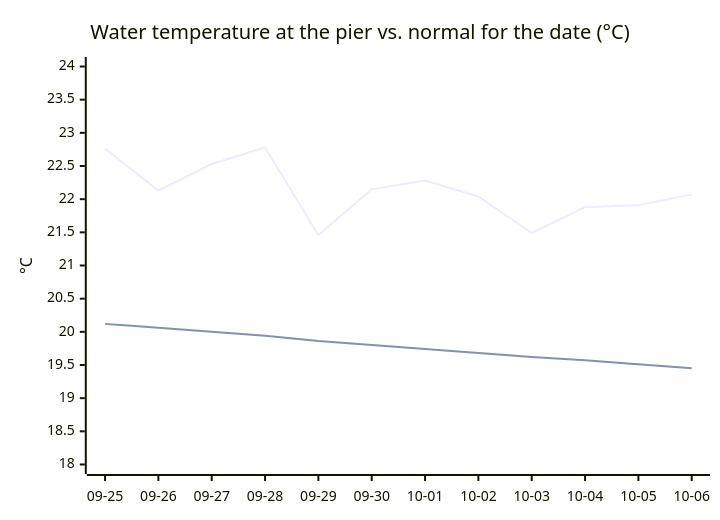
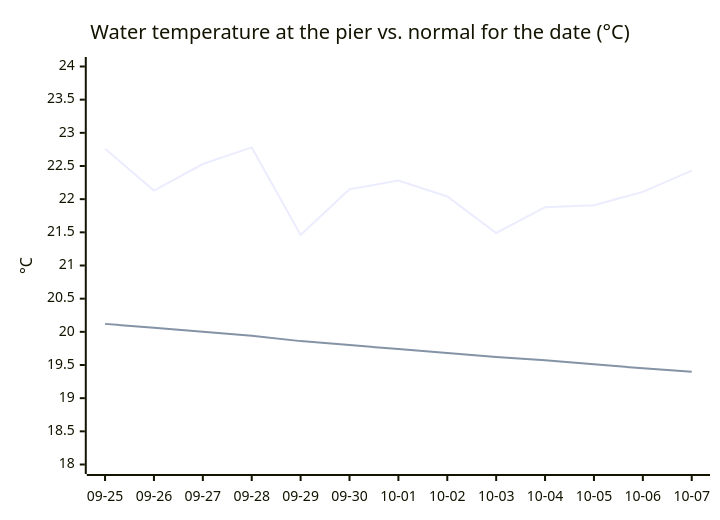
One commit to joshuafrommeyer-35/PierTracker changed the third of 3 diagrams in README.md. Above: the diagram before and after it, drawn with Mermaid. The commit also changed other lines of this file and 5 other files, not shown here.

````diff
--- a/README.md
+++ b/README.md
@@ -160,8 +160,8 @@
 ```mermaid
 xychart-beta
     title "Water temperature at the pier vs. normal for the date (°C)"
-    x-axis ["09-25", "09-26", "09-27", "09-28", "09-29", "09-30", "10-01", "10-02", "10-03", "10-04", "10-05", "10-06"]
+    x-axis ["09-25", "09-26", "09-27", "09-28", "09-29", "09-30", "10-01", "10-02", "10-03", "10-04", "10-05", "10-06", "10-07"]
     y-axis "°C" 18 --> 24
-    line [22.76, 22.13, 22.53, 22.78, 21.46, 22.15, 22.28, 22.04, 21.49, 21.88, 21.91, 22.07]
-    line [20.12, 20.06, 20.0, 19.94, 19.86, 19.8, 19.74, 19.68, 19.62, 19.57, 19.51, 19.45]
+    line [22.76, 22.13, 22.53, 22.78, 21.46, 22.15, 22.28, 22.04, 21.49, 21.88, 21.91, 22.11, 22.43]
+    line [20.12, 20.06, 20.0, 19.94, 19.86, 19.8, 19.74, 19.68, 19.62, 19.57, 19.51, 19.45, 19.4]
 ```
````
